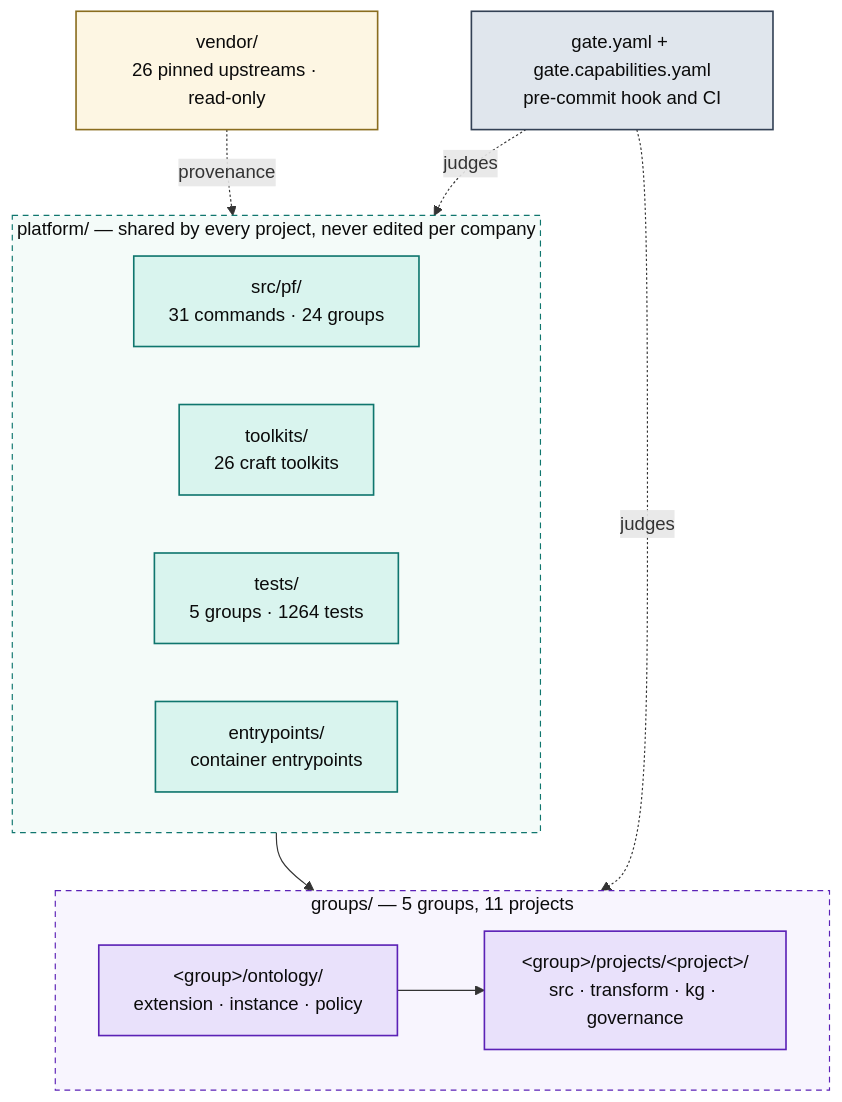
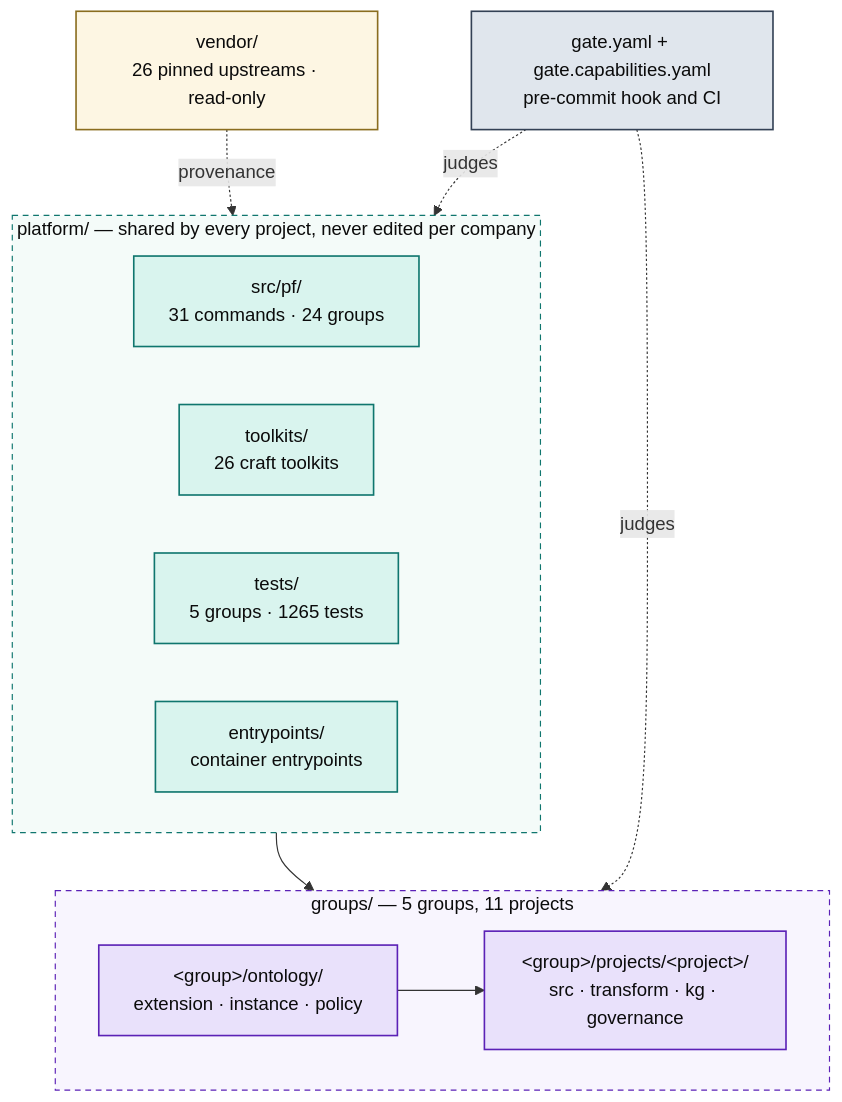
Before and after one commit to Atomz-org/data-platform: the first of 5 diagrams in docs/ARCHITECTURE.md, drawn with Mermaid. The commit also changed other lines of this file and 2 other files, not shown here.

Commit message:
Heal generated context on main (1)
Regenerated by `pf context refresh`: generated files only, no hand edits.

````diff
--- a/docs/ARCHITECTURE.md
+++ b/docs/ARCHITECTURE.md
@@ -15,36 +15,36 @@
 ```mermaid
 flowchart TB
   subgraph SHARED["platform/ — shared by every project, never edited per company"]
     direction LR
     ENG["src/pf/<br/>31 commands · 24 groups"]
     TK["toolkits/<br/>26 craft toolkits"]
-    TST["tests/<br/>5 groups · 1264 tests"]
+    TST["tests/<br/>5 groups · 1265 tests"]
     ENT["entrypoints/<br/>container entrypoints"]
   end
 
   subgraph ENTITIES["groups/ — 5 groups, 11 projects"]
     direction LR
     GRP["&lt;group&gt;/ontology/<br/>extension · instance · policy"]
     PRJ["&lt;group&gt;/projects/&lt;project&gt;/<br/>src · transform · kg · governance"]
     GRP --> PRJ
   end
 
   VEN["vendor/<br/>26 pinned upstreams · read-only"]
   GATE["gate.yaml + gate.capabilities.yaml<br/>pre-commit hook and CI"]
 
   SHARED --> ENTITIES
   VEN -.provenance.-> SHARED
   GATE -.judges.-> ENTITIES
   GATE -.judges.-> SHARED
 
   classDef code fill:#d9f4ee,stroke:#0f766e,stroke-width:1.4px,color:#0b0b0b
   classDef data fill:#e9e1fb,stroke:#5b21b6,stroke-width:1.4px,color:#0b0b0b
   classDef gov fill:#e0e6ed,stroke:#334155,stroke-width:1.4px,color:#0b0b0b
   classDef ext fill:#fdf6e3,stroke:#8a6d1f,stroke-width:1.4px,color:#0b0b0b
   class ENG,TK,TST,ENT code
   class GRP,PRJ data
   class GATE gov
   class VEN ext
   style SHARED fill:#f4fbf9,stroke:#0f766e,stroke-dasharray:5 4,color:#0b0b0b
   style ENTITIES fill:#f8f5fe,stroke:#5b21b6,stroke-dasharray:5 4,color:#0b0b0b
 ```
````
